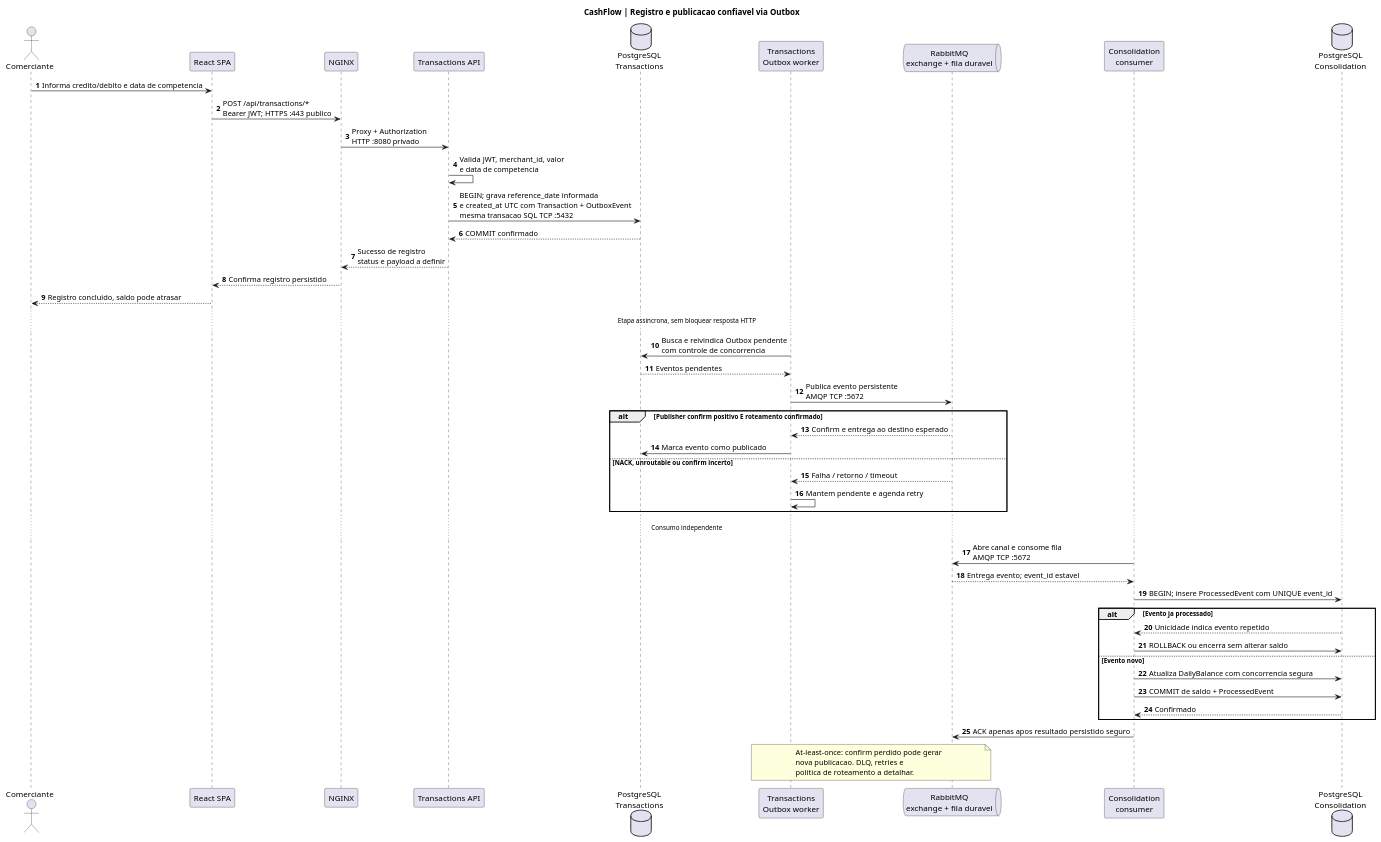
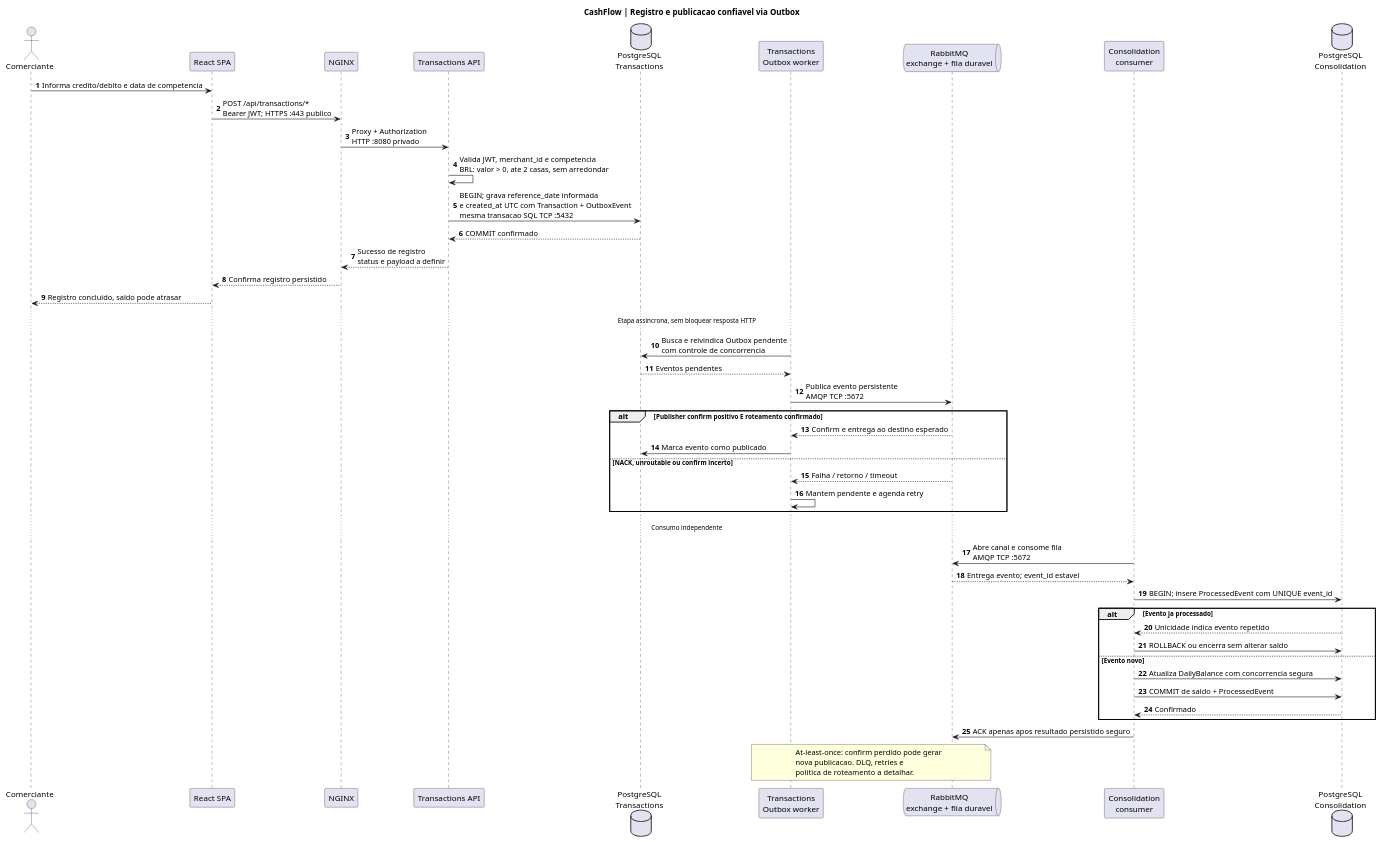
Before and after one commit to wolwerr/CashFlow-Architecture: the diagram in docs/architecture/plantuml/sequence-register.puml, drawn with PlantUML.

Commit message:
docs(domain): decide BRL precision and positive transaction values (RN-07)

```diff
--- a/docs/architecture/plantuml/sequence-register.puml
+++ b/docs/architecture/plantuml/sequence-register.puml
@@ -1,53 +1,53 @@
 @startuml CashFlow_Register
 title CashFlow | Registro e publicacao confiavel via Outbox
 autonumber
 actor Comerciante as U
 participant "React SPA" as W
 participant "NGINX" as G
 participant "Transactions API" as API
 database "PostgreSQL\nTransactions" as DBT
 participant "Transactions\nOutbox worker" as OUT
 queue "RabbitMQ\nexchange + fila duravel" as MQ
 participant "Consolidation\nconsumer" as CON
 database "PostgreSQL\nConsolidation" as DBC
 
 U -> W: Informa credito/debito e data de competencia
 W -> G: POST /api/transactions/*\nBearer JWT; HTTPS :443 publico
 G -> API: Proxy + Authorization\nHTTP :8080 privado
-API -> API: Valida JWT, merchant_id, valor\ne data de competencia
+API -> API: Valida JWT, merchant_id e competencia\nBRL: valor > 0, ate 2 casas, sem arredondar
 API -> DBT: BEGIN; grava reference_date informada\ne created_at UTC com Transaction + OutboxEvent\nmesma transacao SQL TCP :5432
 DBT --> API: COMMIT confirmado
 API --> G: Sucesso de registro\nstatus e payload a definir
 G --> W: Confirma registro persistido
 W --> U: Registro concluido, saldo pode atrasar
 
 ... Etapa assincrona, sem bloquear resposta HTTP ...
 OUT -> DBT: Busca e reivindica Outbox pendente\ncom controle de concorrencia
 DBT --> OUT: Eventos pendentes
 OUT -> MQ: Publica evento persistente\nAMQP TCP :5672
 alt Publisher confirm positivo E roteamento confirmado
   MQ --> OUT: Confirm e entrega ao destino esperado
   OUT -> DBT: Marca evento como publicado
 else NACK, unroutable ou confirm incerto
   MQ --> OUT: Falha / retorno / timeout
   OUT -> OUT: Mantem pendente e agenda retry
 end
 ... Consumo independente ...
 CON -> MQ: Abre canal e consome fila\nAMQP TCP :5672
 MQ --> CON: Entrega evento; event_id estavel
 CON -> DBC: BEGIN; insere ProcessedEvent com UNIQUE event_id
 alt Evento ja processado
   DBC --> CON: Unicidade indica evento repetido
   CON -> DBC: ROLLBACK ou encerra sem alterar saldo
 else Evento novo
   CON -> DBC: Atualiza DailyBalance com concorrencia segura
   CON -> DBC: COMMIT de saldo + ProcessedEvent
   DBC --> CON: Confirmado
 end
 CON -> MQ: ACK apenas apos resultado persistido seguro
 note over OUT,MQ
 At-least-once: confirm perdido pode gerar
 nova publicacao. DLQ, retries e
 politica de roteamento a detalhar.
 end note
 @enduml
```
